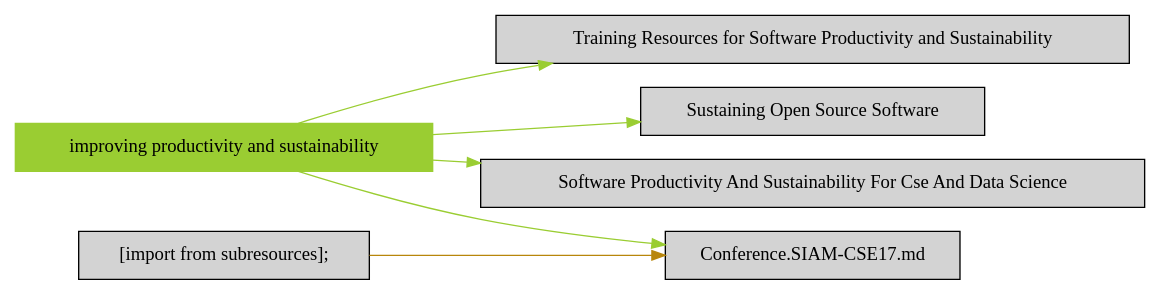
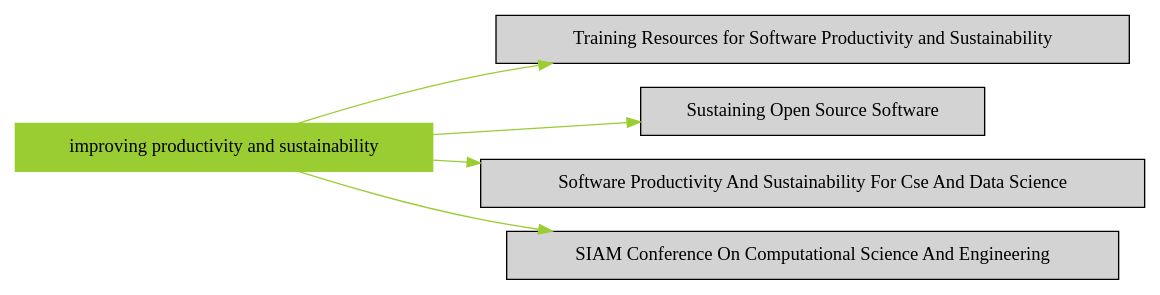
The diagram in markdown/topic_improving_productivity_and_sustainability.dot (duongdo27/Dealii), drawn with Graphviz before and after one commit. The commit also changed 15 other files, not shown here.

```diff
--- a/markdown/topic_improving_productivity_and_sustainability.dot
+++ b/markdown/topic_improving_productivity_and_sustainability.dot
@@ -1,15 +1,15 @@
 digraph bettersoftware {
             rankdir = LR;
             ratio = fill;
             node [style=filled];
             node [shape = box];
 "improving productivity and sustainability" [colorscheme="svg" color="yellowgreen"];
 "improving productivity and sustainability" ->  "BestPracticesForHPCSwDevelopersWebinarSeries.md" [colorscheme="svg" color="yellowgreen"];
 "BestPracticesForHPCSwDevelopersWebinarSeries.md" [label="Training Resources for Software Productivity and Sustainability" URL="http://bss.parallactic.com/resources/training-resources-for-software-productivity-and-sustainability"];
 "improving productivity and sustainability" ->  "OSSSustainabilityResources.md" [colorscheme="svg" color="yellowgreen"];
 "OSSSustainabilityResources.md" [label="Sustaining Open Source Software" URL="http://bss.parallactic.com/resources/sustaining-open-source-software"];
 "improving productivity and sustainability" ->  "SwProductivityAndSustainabilityForCseAndDataScience.SIAM-CSE17.md" [colorscheme="svg" color="yellowgreen"];
 "SwProductivityAndSustainabilityForCseAndDataScience.SIAM-CSE17.md" [label="Software Productivity And Sustainability For Cse And Data Science" URL="http://bss.parallactic.com/events/siam-conference-on-computational-science-and-engineering-cse17 "]
 "improving productivity and sustainability" ->  "Conference.SIAM-CSE17.md" [colorscheme="svg" color="yellowgreen"];
-"[import from subresources];" ->  "Conference.SIAM-CSE17.md" [colorscheme="svg" color="darkgoldenrod"];
+"Conference.SIAM-CSE17.md" [label="SIAM Conference On Computational Science And Engineering" URL="http://bss.parallactic.com/events/siam-conference-on-computational-science-and-engineering-cse17 "]
 }
```
